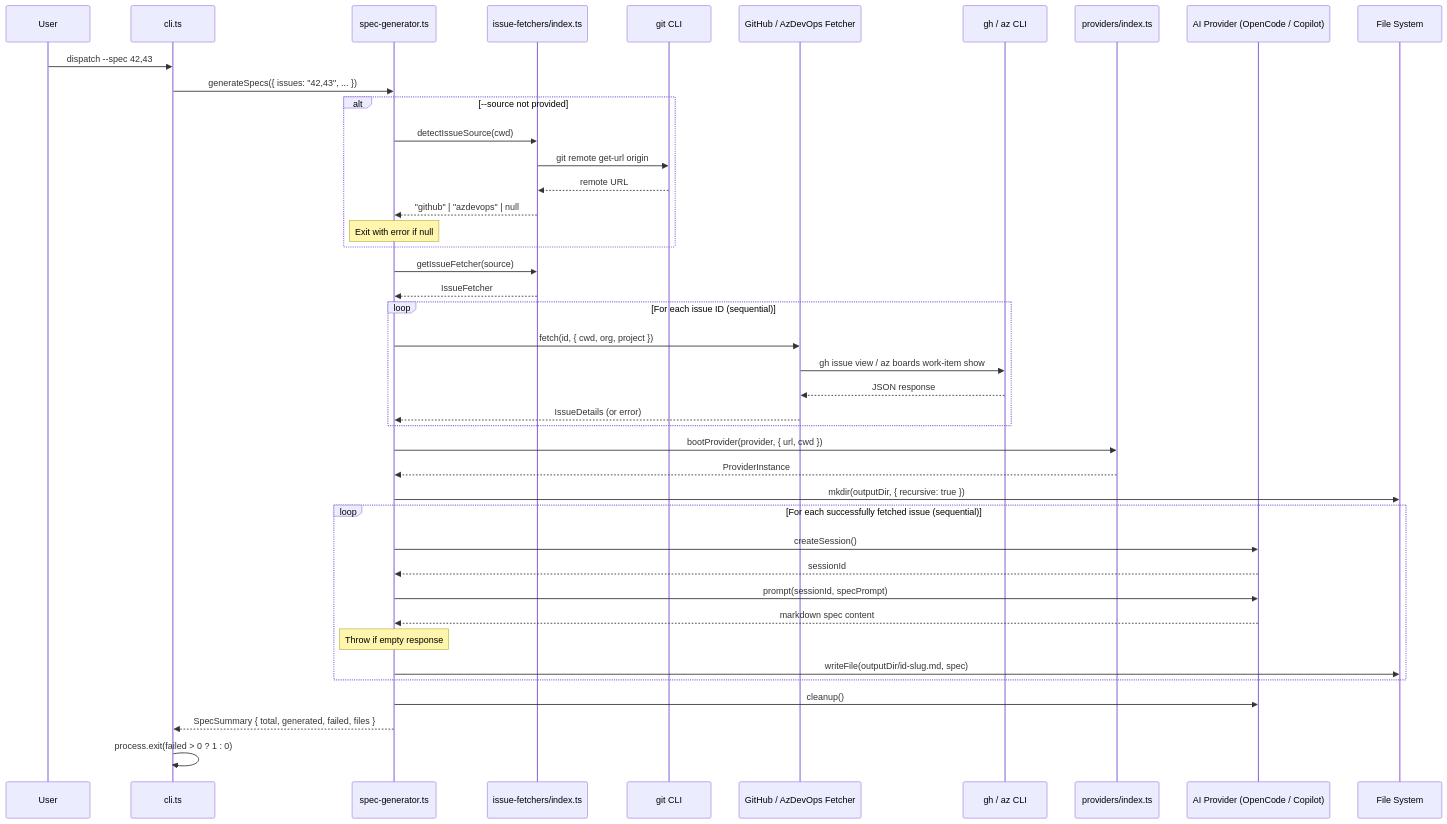
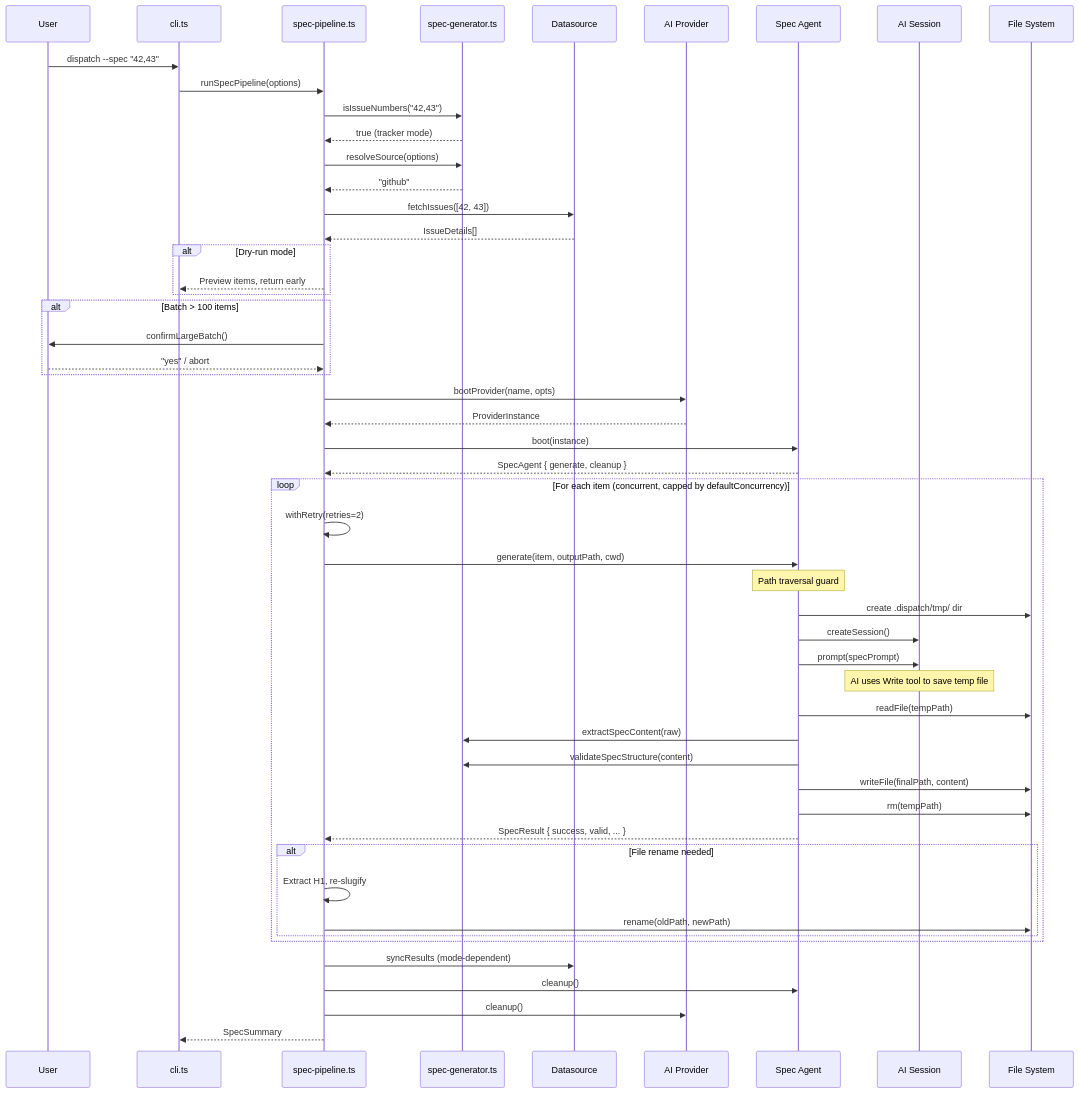
Before and after one commit to PatrickRuddiman/Dispatch: the third of 4 diagrams in docs/spec-generation/overview.md, drawn with Mermaid. The commit also changed other lines of this file and 66 other files, not shown here.

````diff
--- a/docs/spec-generation/overview.md
+++ b/docs/spec-generation/overview.md
@@ -64,53 +192,66 @@
 ```mermaid
 sequenceDiagram
     participant User
     participant CLI as cli.ts
-    participant Spec as spec-generator.ts
-    participant Reg as issue-fetchers/index.ts
-    participant Git as git CLI
-    participant Fetcher as GitHub / AzDevOps Fetcher
-    participant Tool as gh / az CLI
-    participant ProvReg as providers/index.ts
-    participant AI as AI Provider (OpenCode / Copilot)
+    participant Pipeline as spec-pipeline.ts
+    participant SG as spec-generator.ts
+    participant DS as Datasource
+    participant Provider as AI Provider
+    participant Agent as Spec Agent
+    participant AI as AI Session
     participant FS as File System
 
-    User->>CLI: dispatch --spec 42,43
+    User->>CLI: dispatch --spec "42,43"
+    CLI->>Pipeline: runSpecPipeline(options)
 
-    CLI->>Spec: generateSpecs({ issues: "42,43", ... })
+    Pipeline->>SG: isIssueNumbers("42,43")
+    SG-->>Pipeline: true (tracker mode)
 
-    alt --source not provided
-        Spec->>Reg: detectIssueSource(cwd)
-        Reg->>Git: git remote get-url origin
-        Git-->>Reg: remote URL
-        Reg-->>Spec: "github" | "azdevops" | null
-        Note over Spec: Exit with error if null
+    Pipeline->>SG: resolveSource(options)
+    SG-->>Pipeline: "github"
+
+    Pipeline->>DS: fetchIssues([42, 43])
+    DS-->>Pipeline: IssueDetails[]
+
+    alt Dry-run mode
+        Pipeline-->>CLI: Preview items, return early
     end
 
-    Spec->>Reg: getIssueFetcher(source)
-    Reg-->>Spec: IssueFetcher
-
-    loop For each issue ID (sequential)
-        Spec->>Fetcher: fetch(id, { cwd, org, project })
-        Fetcher->>Tool: gh issue view / az boards work-item show
-        Tool-->>Fetcher: JSON response
-        Fetcher-->>Spec: IssueDetails (or error)
+    alt Batch > 100 items
+        Pipeline->>User: confirmLargeBatch()
+        User-->>Pipeline: "yes" / abort
     end
 
-    Spec->>ProvReg: bootProvider(provider, { url, cwd })
-    ProvReg-->>Spec: ProviderInstance
+    Pipeline->>Provider: bootProvider(name, opts)
+    Provider-->>Pipeline: ProviderInstance
 
-    Spec->>FS: mkdir(outputDir, { recursive: true })
+    Pipeline->>Agent: boot(instance)
+    Agent-->>Pipeline: SpecAgent { generate, cleanup }
 
-    loop For each successfully fetched issue (sequential)
-        Spec->>AI: createSession()
-        AI-->>Spec: sessionId
-        Spec->>AI: prompt(sessionId, specPrompt)
-        AI-->>Spec: markdown spec content
-        Note over Spec: Throw if empty response
-        Spec->>FS: writeFile(outputDir/id-slug.md, spec)
+    loop For each item (concurrent, capped by defaultConcurrency)
+        Pipeline->>Pipeline: withRetry(retries=2)
+        Pipeline->>Agent: generate(item, outputPath, cwd)
+
+        Note over Agent: Path traversal guard
+        Agent->>FS: create .dispatch/tmp/ dir
+        Agent->>AI: createSession()
+        Agent->>AI: prompt(specPrompt)
+        Note over AI: AI uses Write tool to save temp file
+        Agent->>FS: readFile(tempPath)
+        Agent->>SG: extractSpecContent(raw)
+        Agent->>SG: validateSpecStructure(content)
+        Agent->>FS: writeFile(finalPath, content)
+        Agent->>FS: rm(tempPath)
+        Agent-->>Pipeline: SpecResult { success, valid, ... }
+
+        alt File rename needed
+            Pipeline->>Pipeline: Extract H1, re-slugify
+            Pipeline->>FS: rename(oldPath, newPath)
+        end
     end
 
-    Spec->>AI: cleanup()
-    Spec-->>CLI: SpecSummary { total, generated, failed, files }
-    CLI->>CLI: process.exit(failed > 0 ? 1 : 0)
+    Pipeline->>DS: syncResults (mode-dependent)
+    Pipeline->>Agent: cleanup()
+    Pipeline->>Provider: cleanup()
+    Pipeline-->>CLI: SpecSummary
 ```
````
